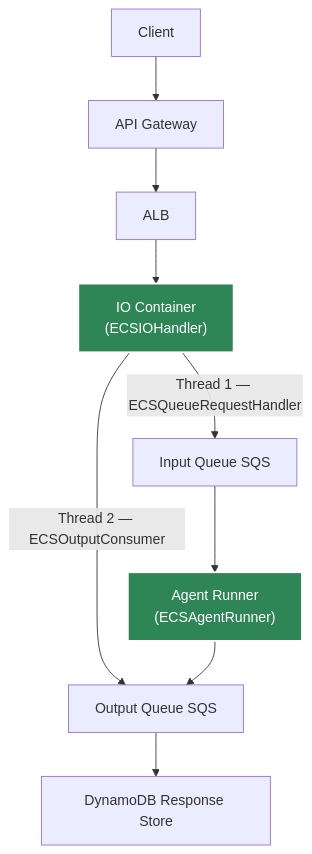
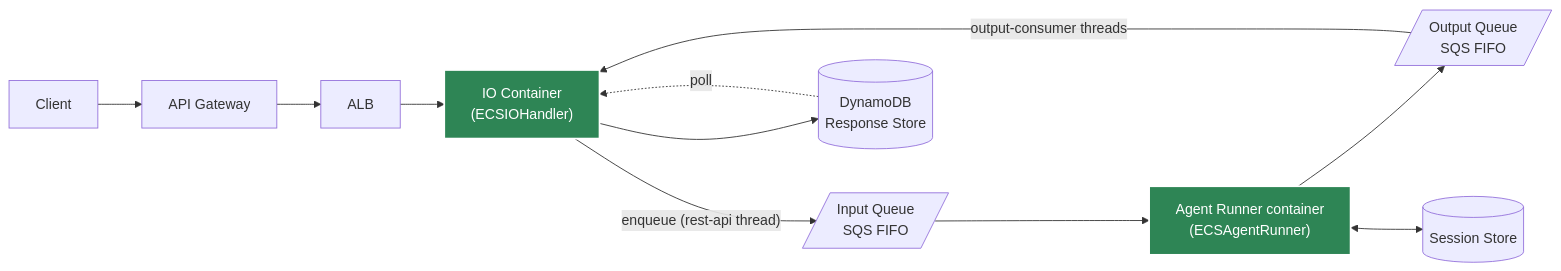
The second of 4 diagrams in docs/docs/deployment/aws-containerized.md (ChamuthuEdirisooriya/agent-kernel), drawn with Mermaid before and after one commit. The commit also changed other lines of this file and 45 other files, not shown here.

````diff
--- a/docs/docs/deployment/aws-containerized.md
+++ b/docs/docs/deployment/aws-containerized.md
@@ -45,16 +73,18 @@
 ```mermaid
-graph TB
+graph LR
     A[Client] --> B[API Gateway]
     B --> C[ALB]
     C --> D["IO Container<br/>(ECSIOHandler)"]
 
-    D --> |Thread 1 — ECSQueueRequestHandler| E[Input Queue SQS]
-    D --> |Thread 2 — ECSOutputConsumer| F[Output Queue SQS]
+    D -->|"enqueue (rest-api thread)"| E[/Input Queue<br/>SQS FIFO/]
+    E --> G["Agent Runner container<br/>(ECSAgentRunner)"]
+    G --> F[/Output Queue<br/>SQS FIFO/]
+    F -->|"output-consumer threads"| D
+    D --> H[(DynamoDB<br/>Response Store)]
+    H -.->|poll| D
 
-    E --> G["Agent Runner<br/>(ECSAgentRunner)"]
-    G --> F
-    F --> H[DynamoDB Response Store]
+    G <--> S[(Session Store)]
 
     style D fill:#2e8555,stroke:#fff,stroke-width:2px,color:#fff
     style G fill:#2e8555,stroke:#fff,stroke-width:2px,color:#fff
 ```
````
